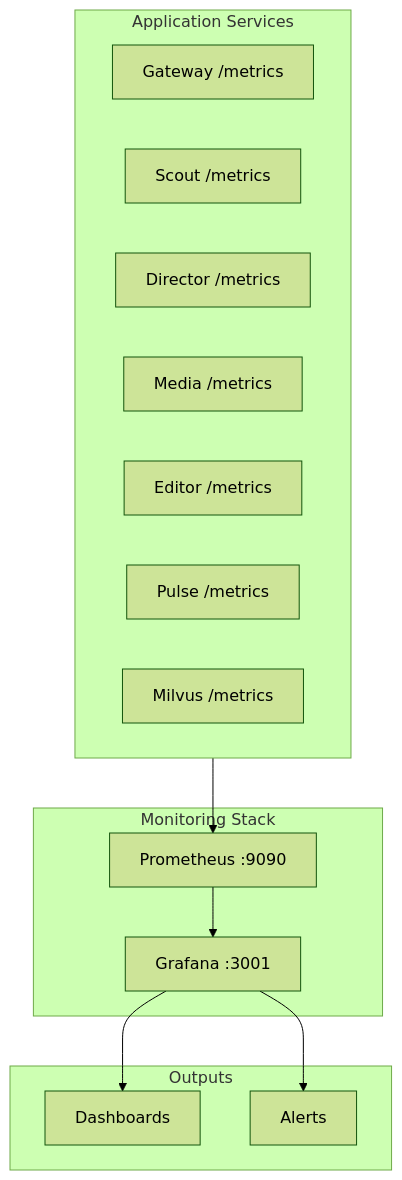
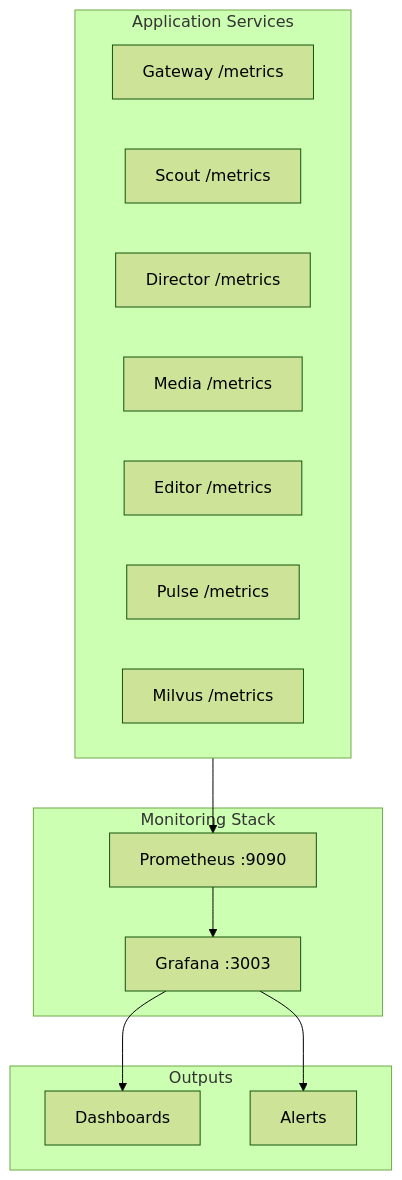
The diagram in docs/monitoring/index.md (nebulae-official/orion), drawn with Mermaid (forest theme) before and after one commit. The commit also changed other lines of this file and 110 other files, not shown here.

````diff
--- a/docs/monitoring/index.md
+++ b/docs/monitoring/index.md
@@ -7,26 +7,26 @@
 ```mermaid
 graph TB
     subgraph Services["Application Services"]
         GW["Gateway /metrics"]
         SC["Scout /metrics"]
         DR["Director /metrics"]
         MD["Media /metrics"]
         ED["Editor /metrics"]
         PL["Pulse /metrics"]
         MV["Milvus /metrics"]
     end
 
     subgraph Monitoring["Monitoring Stack"]
         PROM["Prometheus :9090"]
-        GRAF["Grafana :3001"]
+        GRAF["Grafana :3003"]
     end
 
     subgraph Outputs["Outputs"]
         DASH["Dashboards"]
         ALERT["Alerts"]
     end
 
     Services --> PROM
     PROM --> GRAF
     GRAF --> DASH & ALERT
 ```
````
